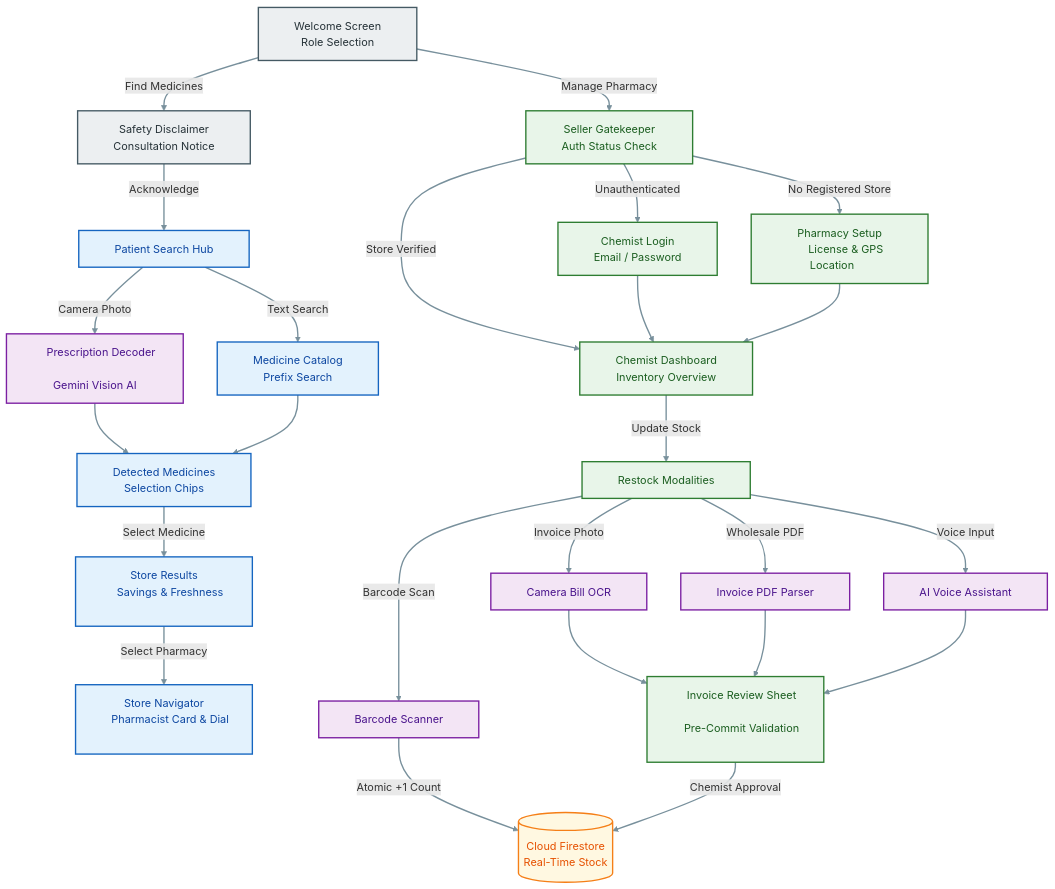
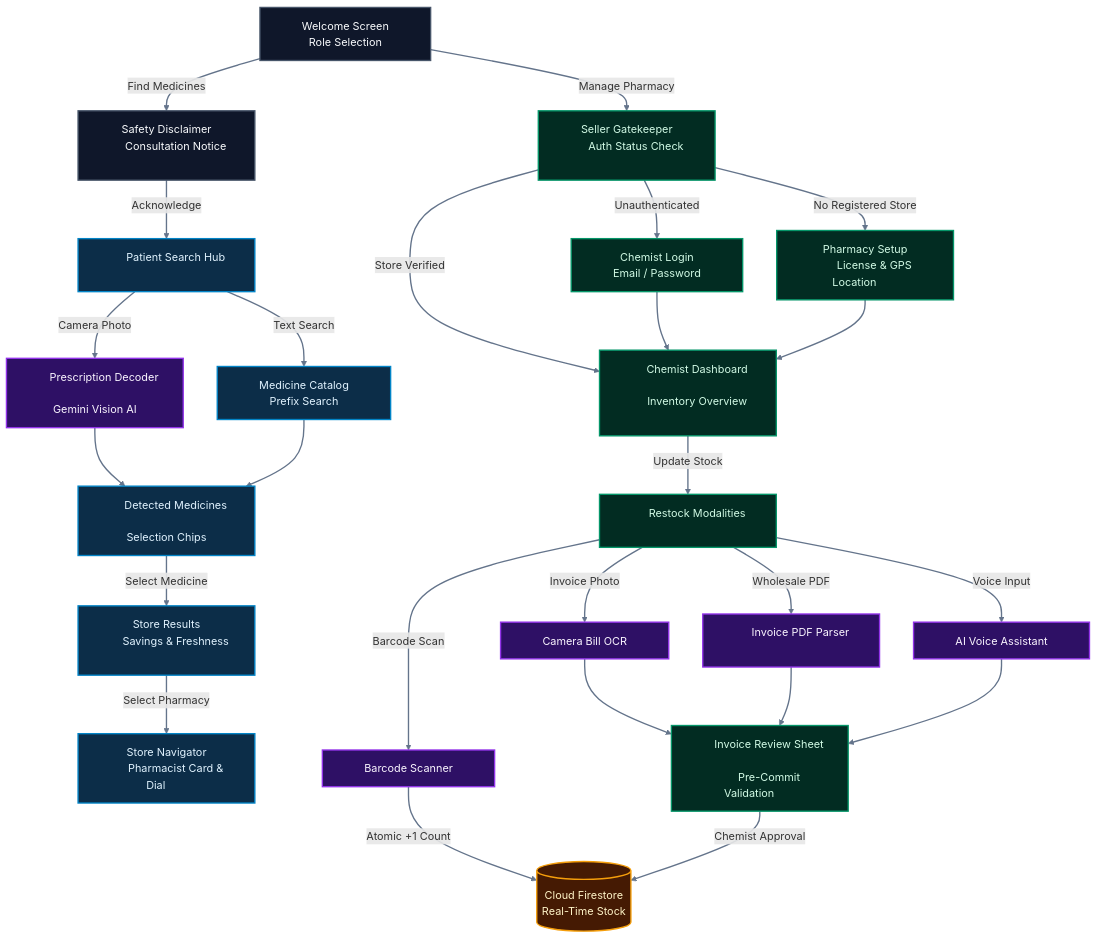
The sixth of 6 diagrams in README.md (Parth-Chavan-15/MedSetu-TechSprint), drawn with Mermaid before and after one commit. The commit also changed other lines of this file, not shown here.

Commit message:
style: introduce vibrant modern palettes across all flowcharts and maximize node padding

````diff
--- a/README.md
+++ b/README.md
@@ -392,47 +394,47 @@
 ```mermaid
 flowchart TD
-    WELCOME["&nbsp;&nbsp;&nbsp;&nbsp; Welcome Screen &nbsp;&nbsp;&nbsp;&nbsp;<br/>&nbsp;&nbsp;&nbsp;&nbsp; Role Selection &nbsp;&nbsp;&nbsp;&nbsp;"] -->|Find Medicines| MODAL["&nbsp;&nbsp;&nbsp;&nbsp; Safety Disclaimer &nbsp;&nbsp;&nbsp;&nbsp;<br/>&nbsp;&nbsp;&nbsp;&nbsp; Consultation Notice &nbsp;&nbsp;&nbsp;&nbsp;"]
-    WELCOME -->|Manage Pharmacy| GATE["&nbsp;&nbsp;&nbsp;&nbsp; Seller Gatekeeper &nbsp;&nbsp;&nbsp;&nbsp;<br/>&nbsp;&nbsp;&nbsp;&nbsp; Auth Status Check &nbsp;&nbsp;&nbsp;&nbsp;"]
+    WELCOME["&nbsp;&nbsp;&nbsp;&nbsp;&nbsp;&nbsp; Welcome Screen &nbsp;&nbsp;&nbsp;&nbsp;&nbsp;&nbsp;<br/>&nbsp;&nbsp;&nbsp;&nbsp;&nbsp;&nbsp; Role Selection &nbsp;&nbsp;&nbsp;&nbsp;&nbsp;&nbsp;"] -->|Find Medicines| MODAL["&nbsp;&nbsp;&nbsp;&nbsp;&nbsp;&nbsp; Safety Disclaimer &nbsp;&nbsp;&nbsp;&nbsp;&nbsp;&nbsp;<br/>&nbsp;&nbsp;&nbsp;&nbsp;&nbsp;&nbsp; Consultation Notice &nbsp;&nbsp;&nbsp;&nbsp;&nbsp;&nbsp;"]
+    WELCOME -->|Manage Pharmacy| GATE["&nbsp;&nbsp;&nbsp;&nbsp;&nbsp;&nbsp; Seller Gatekeeper &nbsp;&nbsp;&nbsp;&nbsp;&nbsp;&nbsp;<br/>&nbsp;&nbsp;&nbsp;&nbsp;&nbsp;&nbsp; Auth Status Check &nbsp;&nbsp;&nbsp;&nbsp;&nbsp;&nbsp;"]
 
-    MODAL -->|Acknowledge| PS_HUB["&nbsp;&nbsp;&nbsp;&nbsp; Patient Search Hub &nbsp;&nbsp;&nbsp;&nbsp;"]
-    PS_HUB -->|Camera Photo| RX_DEC["&nbsp;&nbsp;&nbsp;&nbsp; Prescription Decoder &nbsp;&nbsp;&nbsp;&nbsp;<br/>&nbsp;&nbsp;&nbsp;&nbsp; Gemini Vision AI &nbsp;&nbsp;&nbsp;&nbsp;"]
-    PS_HUB -->|Text Search| TXT_MATCH["&nbsp;&nbsp;&nbsp;&nbsp; Medicine Catalog &nbsp;&nbsp;&nbsp;&nbsp;<br/>&nbsp;&nbsp;&nbsp;&nbsp; Prefix Search &nbsp;&nbsp;&nbsp;&nbsp;"]
-    RX_DEC --> CHIPS["&nbsp;&nbsp;&nbsp;&nbsp; Detected Medicines &nbsp;&nbsp;&nbsp;&nbsp;<br/>&nbsp;&nbsp;&nbsp;&nbsp; Selection Chips &nbsp;&nbsp;&nbsp;&nbsp;"]
+    MODAL -->|Acknowledge| PS_HUB["&nbsp;&nbsp;&nbsp;&nbsp;&nbsp;&nbsp; Patient Search Hub &nbsp;&nbsp;&nbsp;&nbsp;&nbsp;&nbsp;"]
+    PS_HUB -->|Camera Photo| RX_DEC["&nbsp;&nbsp;&nbsp;&nbsp;&nbsp;&nbsp; Prescription Decoder &nbsp;&nbsp;&nbsp;&nbsp;&nbsp;&nbsp;<br/>&nbsp;&nbsp;&nbsp;&nbsp;&nbsp;&nbsp; Gemini Vision AI &nbsp;&nbsp;&nbsp;&nbsp;&nbsp;&nbsp;"]
+    PS_HUB -->|Text Search| TXT_MATCH["&nbsp;&nbsp;&nbsp;&nbsp;&nbsp;&nbsp; Medicine Catalog &nbsp;&nbsp;&nbsp;&nbsp;&nbsp;&nbsp;<br/>&nbsp;&nbsp;&nbsp;&nbsp;&nbsp;&nbsp; Prefix Search &nbsp;&nbsp;&nbsp;&nbsp;&nbsp;&nbsp;"]
+    RX_DEC --> CHIPS["&nbsp;&nbsp;&nbsp;&nbsp;&nbsp;&nbsp; Detected Medicines &nbsp;&nbsp;&nbsp;&nbsp;&nbsp;&nbsp;<br/>&nbsp;&nbsp;&nbsp;&nbsp;&nbsp;&nbsp; Selection Chips &nbsp;&nbsp;&nbsp;&nbsp;&nbsp;&nbsp;"]
     TXT_MATCH --> CHIPS
 
-    CHIPS -->|Select Medicine| RESULTS["&nbsp;&nbsp;&nbsp;&nbsp; Store Results &nbsp;&nbsp;&nbsp;&nbsp;<br/>&nbsp;&nbsp;&nbsp;&nbsp; Savings & Freshness &nbsp;&nbsp;&nbsp;&nbsp;"]
-    RESULTS -->|Select Pharmacy| NAV["&nbsp;&nbsp;&nbsp;&nbsp; Store Navigator &nbsp;&nbsp;&nbsp;&nbsp;<br/>&nbsp;&nbsp;&nbsp;&nbsp; Pharmacist Card & Dial &nbsp;&nbsp;&nbsp;&nbsp;"]
+    CHIPS -->|Select Medicine| RESULTS["&nbsp;&nbsp;&nbsp;&nbsp;&nbsp;&nbsp; Store Results &nbsp;&nbsp;&nbsp;&nbsp;&nbsp;&nbsp;<br/>&nbsp;&nbsp;&nbsp;&nbsp;&nbsp;&nbsp; Savings & Freshness &nbsp;&nbsp;&nbsp;&nbsp;&nbsp;&nbsp;"]
+    RESULTS -->|Select Pharmacy| NAV["&nbsp;&nbsp;&nbsp;&nbsp;&nbsp;&nbsp; Store Navigator &nbsp;&nbsp;&nbsp;&nbsp;&nbsp;&nbsp;<br/>&nbsp;&nbsp;&nbsp;&nbsp;&nbsp;&nbsp; Pharmacist Card & Dial &nbsp;&nbsp;&nbsp;&nbsp;&nbsp;&nbsp;"]
 
-    GATE -->|Unauthenticated| LOGIN["&nbsp;&nbsp;&nbsp;&nbsp; Chemist Login &nbsp;&nbsp;&nbsp;&nbsp;<br/>&nbsp;&nbsp;&nbsp;&nbsp; Email / Password &nbsp;&nbsp;&nbsp;&nbsp;"]
-    GATE -->|No Registered Store| REG["&nbsp;&nbsp;&nbsp;&nbsp; Pharmacy Setup &nbsp;&nbsp;&nbsp;&nbsp;<br/>&nbsp;&nbsp;&nbsp;&nbsp; License & GPS Location &nbsp;&nbsp;&nbsp;&nbsp;"]
-    GATE -->|Store Verified| DASH["&nbsp;&nbsp;&nbsp;&nbsp; Chemist Dashboard &nbsp;&nbsp;&nbsp;&nbsp;<br/>&nbsp;&nbsp;&nbsp;&nbsp; Inventory Overview &nbsp;&nbsp;&nbsp;&nbsp;"]
+    GATE -->|Unauthenticated| LOGIN["&nbsp;&nbsp;&nbsp;&nbsp;&nbsp;&nbsp; Chemist Login &nbsp;&nbsp;&nbsp;&nbsp;&nbsp;&nbsp;<br/>&nbsp;&nbsp;&nbsp;&nbsp;&nbsp;&nbsp; Email / Password &nbsp;&nbsp;&nbsp;&nbsp;&nbsp;&nbsp;"]
+    GATE -->|No Registered Store| REG["&nbsp;&nbsp;&nbsp;&nbsp;&nbsp;&nbsp; Pharmacy Setup &nbsp;&nbsp;&nbsp;&nbsp;&nbsp;&nbsp;<br/>&nbsp;&nbsp;&nbsp;&nbsp;&nbsp;&nbsp; License & GPS Location &nbsp;&nbsp;&nbsp;&nbsp;&nbsp;&nbsp;"]
+    GATE -->|Store Verified| DASH["&nbsp;&nbsp;&nbsp;&nbsp;&nbsp;&nbsp; Chemist Dashboard &nbsp;&nbsp;&nbsp;&nbsp;&nbsp;&nbsp;<br/>&nbsp;&nbsp;&nbsp;&nbsp;&nbsp;&nbsp; Inventory Overview &nbsp;&nbsp;&nbsp;&nbsp;&nbsp;&nbsp;"]
 
     LOGIN --> DASH
     REG --> DASH
-    DASH -->|Update Stock| SCAN["&nbsp;&nbsp;&nbsp;&nbsp; Restock Modalities &nbsp;&nbsp;&nbsp;&nbsp;"]
+    DASH -->|Update Stock| SCAN["&nbsp;&nbsp;&nbsp;&nbsp;&nbsp;&nbsp; Restock Modalities &nbsp;&nbsp;&nbsp;&nbsp;&nbsp;&nbsp;"]
 
-    SCAN -->|Invoice Photo| MOD_INV["&nbsp;&nbsp;&nbsp;&nbsp; Camera Bill OCR &nbsp;&nbsp;&nbsp;&nbsp;"]
-    SCAN -->|Wholesale PDF| MOD_PDF["&nbsp;&nbsp;&nbsp;&nbsp; Invoice PDF Parser &nbsp;&nbsp;&nbsp;&nbsp;"]
-    SCAN -->|Voice Input| MOD_VOICE["&nbsp;&nbsp;&nbsp;&nbsp; AI Voice Assistant &nbsp;&nbsp;&nbsp;&nbsp;"]
-    SCAN -->|Barcode Scan| MOD_BC["&nbsp;&nbsp;&nbsp;&nbsp; Barcode Scanner &nbsp;&nbsp;&nbsp;&nbsp;"]
+    SCAN -->|Invoice Photo| MOD_INV["&nbsp;&nbsp;&nbsp;&nbsp;&nbsp;&nbsp; Camera Bill OCR &nbsp;&nbsp;&nbsp;&nbsp;&nbsp;&nbsp;"]
+    SCAN -->|Wholesale PDF| MOD_PDF["&nbsp;&nbsp;&nbsp;&nbsp;&nbsp;&nbsp; Invoice PDF Parser &nbsp;&nbsp;&nbsp;&nbsp;&nbsp;&nbsp;"]
+    SCAN -->|Voice Input| MOD_VOICE["&nbsp;&nbsp;&nbsp;&nbsp;&nbsp;&nbsp; AI Voice Assistant &nbsp;&nbsp;&nbsp;&nbsp;&nbsp;&nbsp;"]
+    SCAN -->|Barcode Scan| MOD_BC["&nbsp;&nbsp;&nbsp;&nbsp;&nbsp;&nbsp; Barcode Scanner &nbsp;&nbsp;&nbsp;&nbsp;&nbsp;&nbsp;"]
 
-    MOD_INV --> IRS["&nbsp;&nbsp;&nbsp;&nbsp; Invoice Review Sheet &nbsp;&nbsp;&nbsp;&nbsp;<br/>&nbsp;&nbsp;&nbsp;&nbsp; Pre-Commit Validation &nbsp;&nbsp;&nbsp;&nbsp;"]
+    MOD_INV --> IRS["&nbsp;&nbsp;&nbsp;&nbsp;&nbsp;&nbsp; Invoice Review Sheet &nbsp;&nbsp;&nbsp;&nbsp;&nbsp;&nbsp;<br/>&nbsp;&nbsp;&nbsp;&nbsp;&nbsp;&nbsp; Pre-Commit Validation &nbsp;&nbsp;&nbsp;&nbsp;&nbsp;&nbsp;"]
     MOD_PDF --> IRS
     MOD_VOICE --> IRS
     MOD_BC -->|Atomic +1 Count| SYNC[(" Cloud Firestore <br/> Real-Time Stock ")]
     IRS -->|Chemist Approval| SYNC
 
-    classDef welcome fill:#ECEFF1,stroke:#455A64,color:#263238,stroke-width:2px;
-    classDef patient fill:#E3F2FD,stroke:#1565C0,color:#0D47A1,stroke-width:2px;
-    classDef chemist fill:#E8F5E9,stroke:#2E7D32,color:#1B5E20,stroke-width:2px;
-    classDef ai fill:#F3E5F5,stroke:#7B1FA2,color:#4A148C,stroke-width:2px;
-    classDef sync fill:#FFF8E1,stroke:#F57F17,color:#E65100,stroke-width:2px;
+    classDef welcome fill:#0F172A,stroke:#475569,color:#F8FAFC,stroke-width:2px;
+    classDef patient fill:#0C2D48,stroke:#0284C7,color:#E0F2FE,stroke-width:2px;
+    classDef chemist fill:#022C22,stroke:#059669,color:#D1FAE5,stroke-width:2px;
+    classDef ai fill:#2E1065,stroke:#9333EA,color:#FAF5FF,stroke-width:2px;
+    classDef sync fill:#451A03,stroke:#F59E0B,color:#FEF3C7,stroke-width:2px;
 
     class WELCOME,MODAL welcome;
     class PS_HUB,CHIPS,RESULTS,NAV,TXT_MATCH patient;
     class GATE,LOGIN,REG,DASH,SCAN,IRS chemist;
     class RX_DEC,MOD_INV,MOD_PDF,MOD_VOICE,MOD_BC ai;
     class SYNC sync;
 
-    linkStyle default stroke:#78909C,stroke-width:2px;
+    linkStyle default stroke:#64748B,stroke-width:2px;
 ```
````
